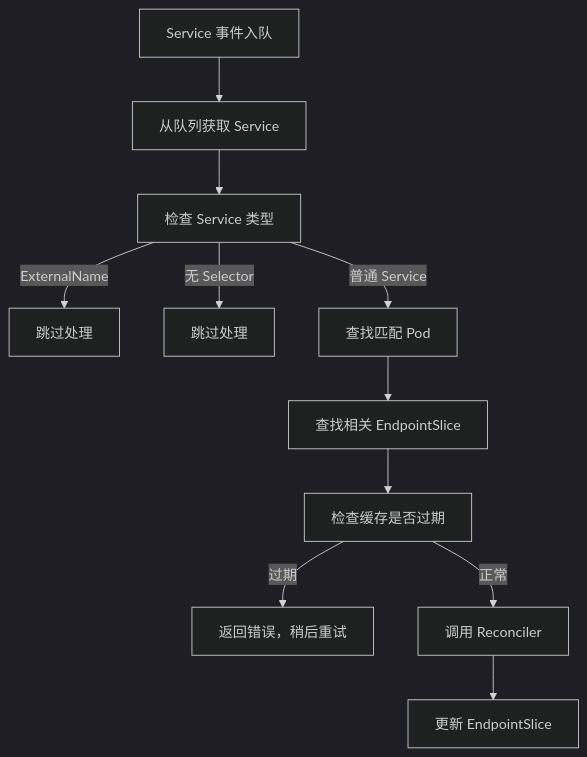
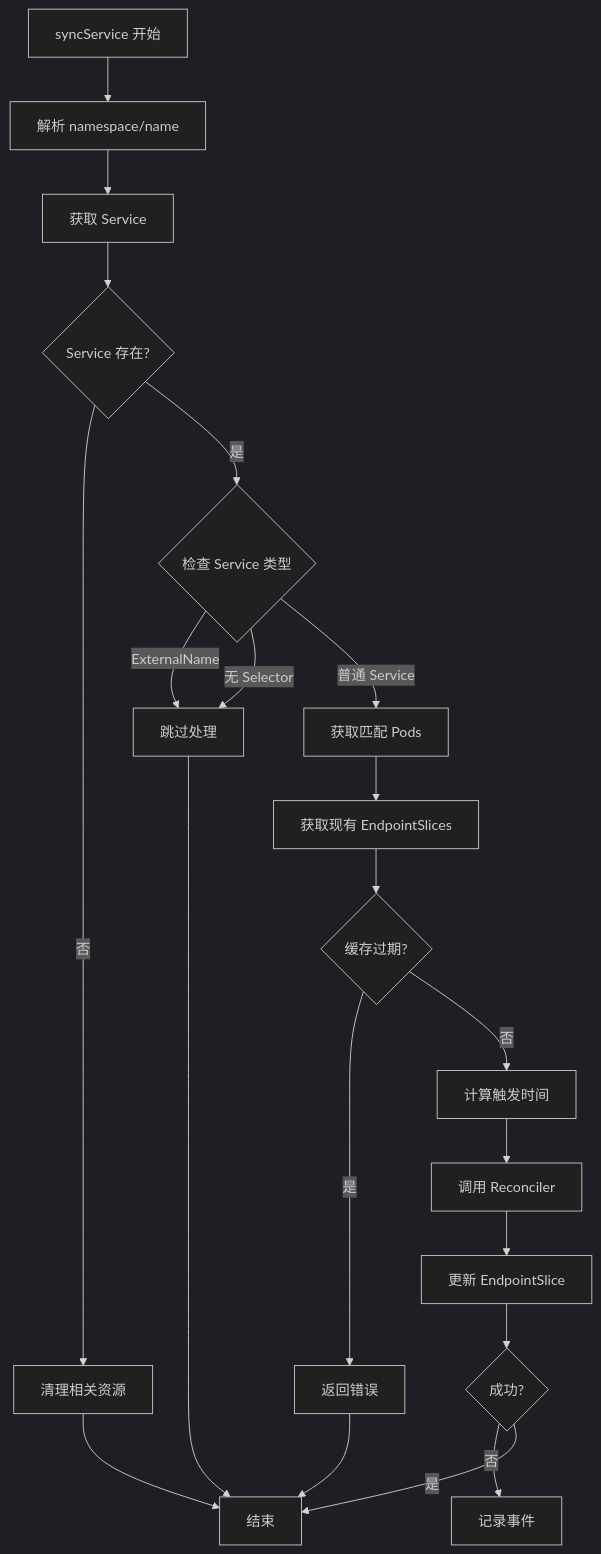
One commit to mjczz/k8s-vitepress changed the fourth of 6 diagrams in docs/deep-dive/endpointslice-controller-deep-dive.md. Above: the diagram before and after it, drawn with Mermaid (dark theme). The commit also changed other lines of this file and 5 other files, not shown here.

````diff
--- a/docs/deep-dive/endpointslice-controller-deep-dive.md
+++ b/docs/deep-dive/endpointslice-controller-deep-dive.md
@@ -59,13 +627,23 @@
 ```mermaid
 flowchart TD
-    A[Service 事件入队] --> B[从队列获取 Service]
-    B --> C[检查 Service 类型]
-    C -->|ExternalName| D[跳过处理]
-    C -->|无 Selector| E[跳过处理]
-    C -->|普通 Service| F[查找匹配 Pod]
-    F --> G[查找相关 EndpointSlice]
-    G --> H[检查缓存是否过期]
-    H -->|过期| I[返回错误，稍后重试]
-    H -->|正常| J[调用 Reconciler]
-    J --> K[更新 EndpointSlice]
+    A[syncService 开始] --> B[解析 namespace/name]
+    B --> C[获取 Service]
+    C --> D{Service 存在?}
+    D -->|否| E[清理相关资源]
+    D -->|是| F{检查 Service 类型}
+    F -->|ExternalName| G[跳过处理]
+    F -->|无 Selector| G
+    F -->|普通 Service| H[获取匹配 Pods]
+    H --> I[获取现有 EndpointSlices]
+    I --> J{缓存过期?}
+    J -->|是| K[返回错误]
+    J -->|否| L[计算触发时间]
+    L --> M[调用 Reconciler]
+    M --> N[更新 EndpointSlice]
+    N --> O{成功?}
+    O -->|否| P[记录事件]
+    O -->|是| Q[结束]
+    E --> Q
+    G --> Q
+    K --> Q
 ```
````
